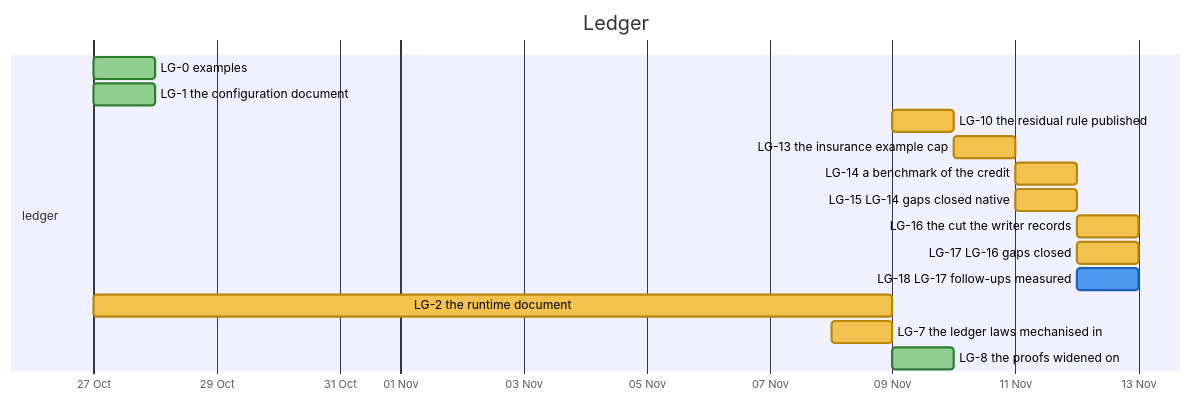
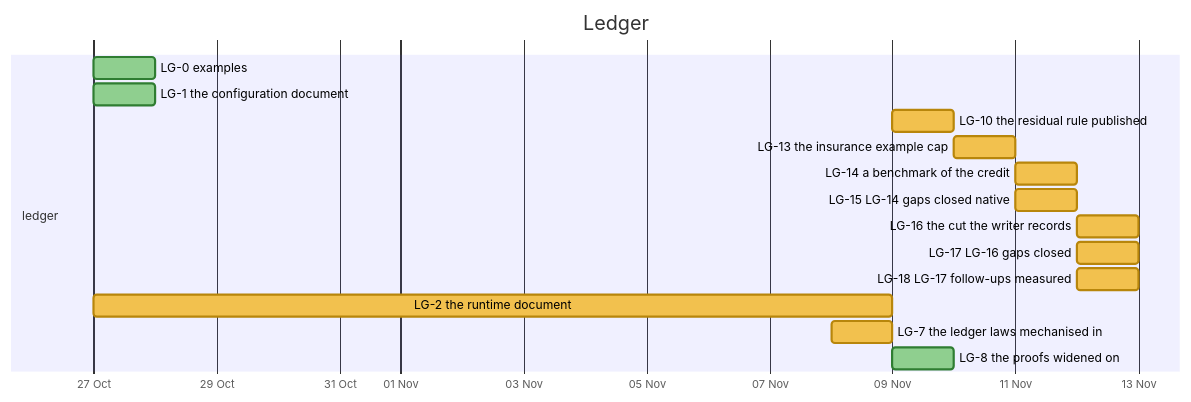
One commit to nebularis/lattice changed the tenth of 31 diagrams in docs/developer/ROADMAP.md. Above: the diagram before and after it, drawn with Mermaid. The commit also changed other lines of this file and 7 other files, not shown here.

````diff
--- a/docs/developer/ROADMAP.md
+++ b/docs/developer/ROADMAP.md
@@ -334,20 +334,20 @@
 ```mermaid
 %%{init: {"themeVariables": {"taskBkgColor": "#f2c14e", "taskBorderColor": "#b8860b", "taskTextColor": "#000000", "activeTaskBkgColor": "#4e9af1", "activeTaskBorderColor": "#1f5fbf", "activeTaskBorderColor": "#1f5fbf", "doneTaskBkgColor": "#8fcf8f", "doneTaskBorderColor": "#2f7d32", "critBkgColor": "#f28b82", "critBorderColor": "#b23a30", "taskTextDarkColor": "#000000", "taskTextLightColor": "#000000"}}}%%
 gantt
     title Ledger
     dateFormat YYYY-MM-DD
     axisFormat %d %b
     section ledger
     LG-0 examples :done, lg0, 2026-10-27, 2026-10-28
     LG-1 the configuration document :done, lg1, 2026-10-27, 2026-10-28
     LG-10 the residual rule published :lg10, 2026-11-09, 2026-11-10
     LG-13 the insurance example cap :lg13, 2026-11-10, 2026-11-11
     LG-14 a benchmark of the credit :lg14, 2026-11-11, 2026-11-12
     LG-15 LG-14 gaps closed native :lg15, 2026-11-11, 2026-11-12
     LG-16 the cut the writer records :lg16, 2026-11-12, 2026-11-13
     LG-17 LG-16 gaps closed :lg17, 2026-11-12, 2026-11-13
-    LG-18 LG-17 follow-ups measured :active, lg18, 2026-11-12, 2026-11-13
+    LG-18 LG-17 follow-ups measured :lg18, 2026-11-12, 2026-11-13
     LG-2 the runtime document :lg2, 2026-10-27, 2026-11-09
     LG-7 the ledger laws mechanised in :lg7, 2026-11-08, 2026-11-09
     LG-8 the proofs widened on :done, lg8, 2026-11-09, 2026-11-10
 ```
````
